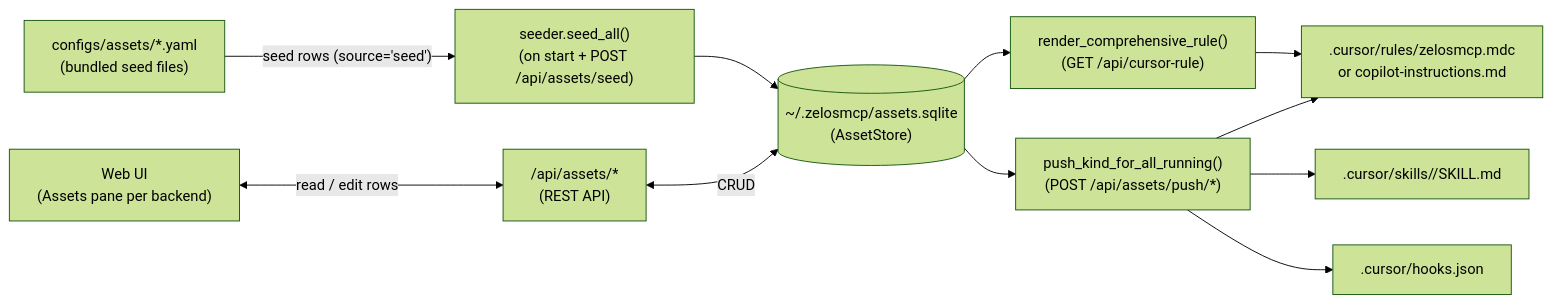
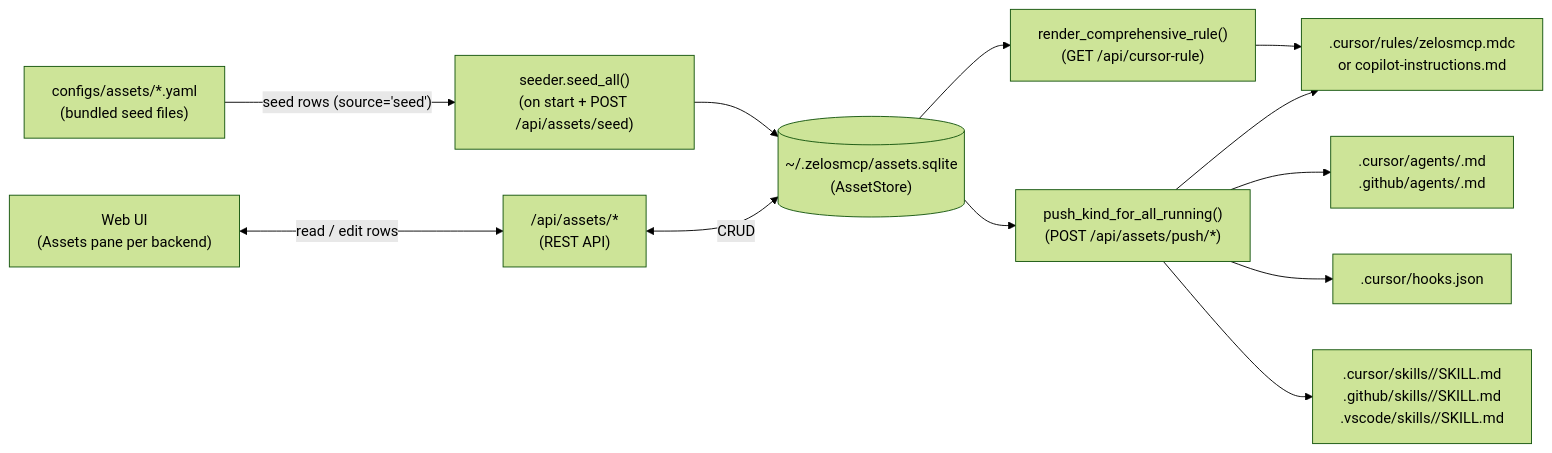
One commit to kmechlin/zelosmcp changed the diagram in docs/assets.md. Above: the diagram before and after it, drawn with Mermaid (forest theme). The commit also changed other lines of this file and 27 other files, not shown here.

````diff
--- a/docs/assets.md
+++ b/docs/assets.md
@@ -9,22 +9,24 @@
 ```mermaid
 flowchart LR
   yaml["configs/assets/*.yaml\n(bundled seed files)"]
   seeder["seeder.seed_all()\n(on start + POST /api/assets/seed)"]
   db[("~/.zelosmcp/assets.sqlite\n(AssetStore)")]
   gui["Web UI\n(Assets pane per backend)"]
   httpapi["/api/assets/*\n(REST API)"]
   rulerenderer["render_comprehensive_rule()\n(GET /api/cursor-rule)"]
   pushwriter["push_kind_for_all_running()\n(POST /api/assets/push/*)"]
   target1[".cursor/rules/zelosmcp.mdc\nor copilot-instructions.md"]
-  target2[".cursor/skills/<name>/SKILL.md"]
+  target2[".cursor/agents/<name>.md\n.github/agents/<name>.md"]
   target3[".cursor/hooks.json"]
+  target4[".cursor/skills/<slug>/SKILL.md\n.github/skills/<slug>/SKILL.md\n.vscode/skills/<slug>/SKILL.md"]
 
   yaml -->|"seed rows (source='seed')"| seeder
   seeder --> db
   gui <-->|"read / edit rows"| httpapi
   httpapi <-->|"CRUD"| db
   db --> rulerenderer --> target1
   db --> pushwriter --> target1
   pushwriter --> target2
   pushwriter --> target3
+  pushwriter --> target4
 ```
````
